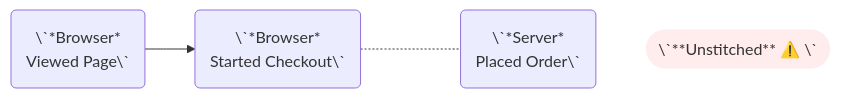
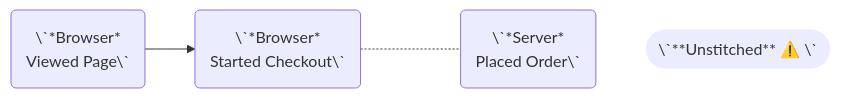
The first of 4 diagrams in sources/concepts/aliases.mdx (run-converge/docs-mintlify), drawn with Mermaid before and after one commit. The commit also changed other lines of this file, not shown here.

````diff
--- a/sources/concepts/aliases.mdx
+++ b/sources/concepts/aliases.mdx
@@ -18,5 +18,5 @@
 ```mermaid
 flowchart LR
   id1("\`*Browser* \n Viewed Page\`") --> id2("\`*Browser* \n Started Checkout\`") -..- id3("\`*Server* \n Placed Order\`") ~~~ id4(["\`**Unstitched** ⚠️ \`"])
-  style id4 fill:#ffecec,stroke:none
+  style id4 stroke:none
 ```
````
